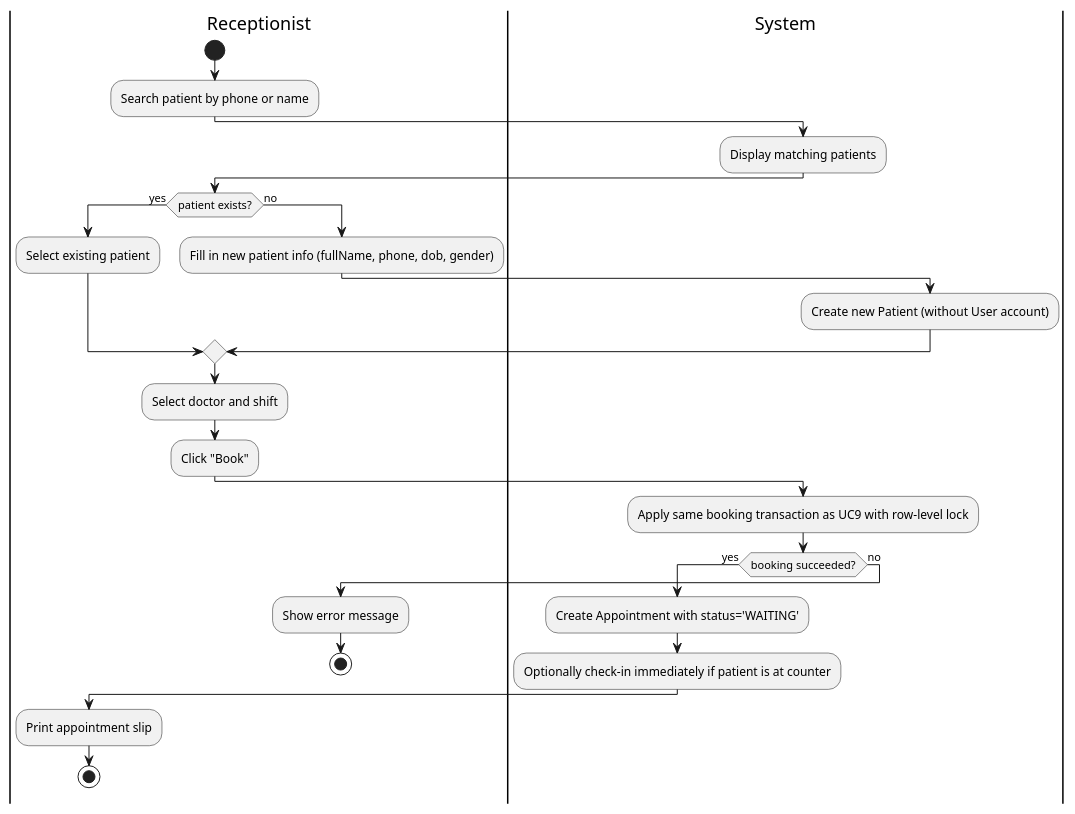
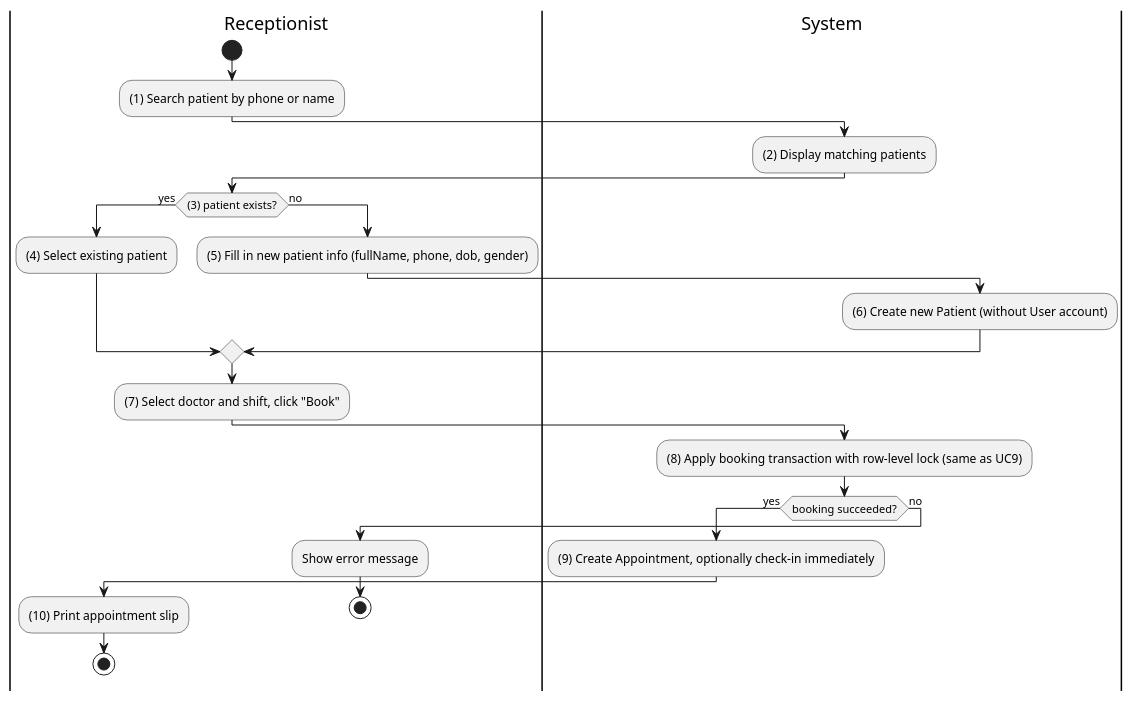
The tenth of 27 diagrams in Docs/SRS.md (MinhThienNguyen040905/SE356---He-thong-phong-kham), drawn with PlantUML before and after one commit. The commit also changed other lines of this file, not shown here.

Commit message:
Implement feature X to enhance user experience and optimize performance

````diff
--- a/Docs/SRS.md
+++ b/Docs/SRS.md
@@ -686,33 +620,31 @@
 ```plantuml
 @startuml
 |Receptionist|
 start
-:Search patient by phone or name;
+:(1) Search patient by phone or name;
 |System|
-:Display matching patients;
+:(2) Display matching patients;
 |Receptionist|
-if (patient exists?) then (yes)
-  :Select existing patient;
+if ((3) patient exists?) then (yes)
+  :(4) Select existing patient;
 else (no)
-  :Fill in new patient info (fullName, phone, dob, gender);
+  :(5) Fill in new patient info (fullName, phone, dob, gender);
   |System|
-  :Create new Patient (without User account);
+  :(6) Create new Patient (without User account);
 endif
 |Receptionist|
-:Select doctor and shift;
-:Click "Book";
+:(7) Select doctor and shift, click "Book";
 |System|
-:Apply same booking transaction as UC9 with row-level lock;
+:(8) Apply booking transaction with row-level lock (same as UC9);
 if (booking succeeded?) then (yes)
-  :Create Appointment with status='WAITING';
-  :Optionally check-in immediately if patient is at counter;
+  :(9) Create Appointment, optionally check-in immediately;
   |Receptionist|
-  :Print appointment slip;
+  :(10) Print appointment slip;
   stop
 else (no)
   |Receptionist|
   :Show error message;
   stop
 endif
 @enduml
 ```
````
